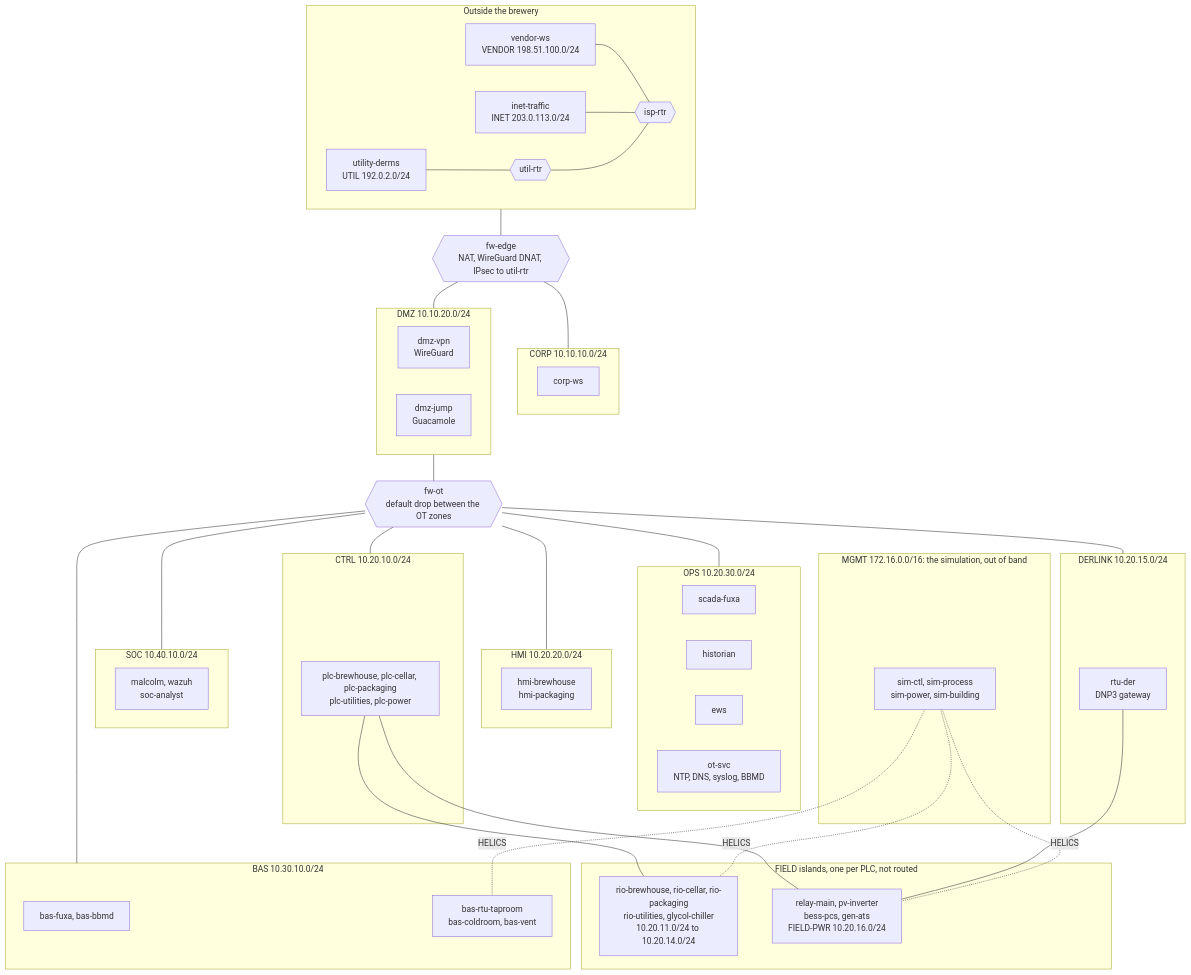
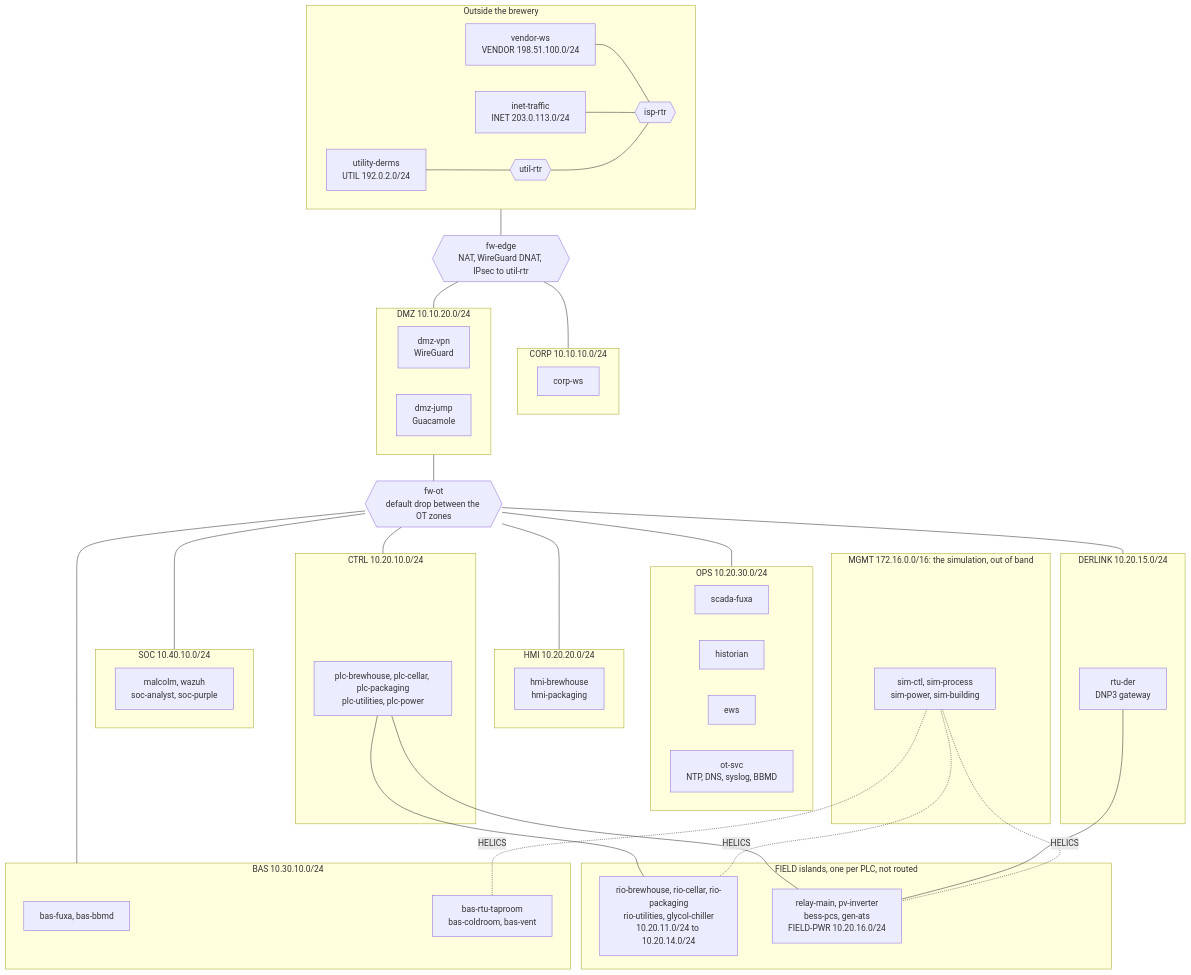
Before and after one commit to GhostofGoes/brew: the first of 16 diagrams in README.md, drawn with Mermaid. The commit also changed other lines of this file and 4 other files, not shown here.

First line of the commit message:
docs(cherrymountain): document soc-purple, its image build, and what it brings

````diff
--- a/README.md
+++ b/README.md
@@ -7,69 +7,69 @@
 ```mermaid
 flowchart TB
   subgraph EXT["Outside the brewery"]
     direction LR
     VWS["vendor-ws<br/>VENDOR 198.51.100.0/24"]
     TRAFFIC["inet-traffic<br/>INET 203.0.113.0/24"]
     DERMS["utility-derms<br/>UTIL 192.0.2.0/24"]
     ISP{{"isp-rtr"}}
     URTR{{"util-rtr"}}
   end
   FWEDGE{{"fw-edge<br/>NAT, WireGuard DNAT, IPsec to util-rtr"}}
   subgraph CORP["CORP 10.10.10.0/24"]
     CWS["corp-ws"]
   end
   subgraph DMZ["DMZ 10.10.20.0/24"]
     VPN["dmz-vpn<br/>WireGuard"]
     JUMP["dmz-jump<br/>Guacamole"]
   end
   FWOT{{"fw-ot<br/>default drop between the OT zones"}}
   subgraph OPS["OPS 10.20.30.0/24"]
     FUXA["scada-fuxa"]
     HIST["historian"]
     EWS["ews"]
     SVC["ot-svc<br/>NTP, DNS, syslog, BBMD"]
   end
   subgraph HMI["HMI 10.20.20.0/24"]
     HMIS["hmi-brewhouse<br/>hmi-packaging"]
   end
   subgraph CTRL["CTRL 10.20.10.0/24"]
     PLCS["plc-brewhouse, plc-cellar, plc-packaging<br/>plc-utilities, plc-power"]
   end
   subgraph FIELD["FIELD islands, one per PLC, not routed"]
     RIOS["rio-brewhouse, rio-cellar, rio-packaging<br/>rio-utilities, glycol-chiller<br/>10.20.11.0/24 to 10.20.14.0/24"]
     PDEVS["relay-main, pv-inverter<br/>bess-pcs, gen-ats<br/>FIELD-PWR 10.20.16.0/24"]
   end
   subgraph DERLINK["DERLINK 10.20.15.0/24"]
     RTU["rtu-der<br/>DNP3 gateway"]
   end
   subgraph BAS["BAS 10.30.10.0/24"]
     BFX["bas-fuxa, bas-bbmd"]
     BASD["bas-rtu-taproom<br/>bas-coldroom, bas-vent"]
   end
   subgraph SOC["SOC 10.40.10.0/24"]
-    SOCH["malcolm, wazuh<br/>soc-analyst"]
+    SOCH["malcolm, wazuh<br/>soc-analyst, soc-purple"]
   end
   subgraph MGMT["MGMT 172.16.0.0/16: the simulation, out of band"]
     SIM["sim-ctl, sim-process<br/>sim-power, sim-building"]
   end
   VWS --- ISP
   TRAFFIC --- ISP
   DERMS --- URTR
   URTR --- ISP
   ISP --- FWEDGE
   FWEDGE --- CORP
   FWEDGE --- DMZ
   DMZ --- FWOT
   FWOT --- OPS
   FWOT --- HMI
   FWOT --- CTRL
   FWOT --- DERLINK
   FWOT --- BAS
   FWOT --- SOC
   PLCS --- RIOS
   PLCS --- PDEVS
   RTU --- PDEVS
   SIM -. "HELICS" .- RIOS
   SIM -. "HELICS" .- PDEVS
   SIM -. "HELICS" .- BASD
 ```
````
